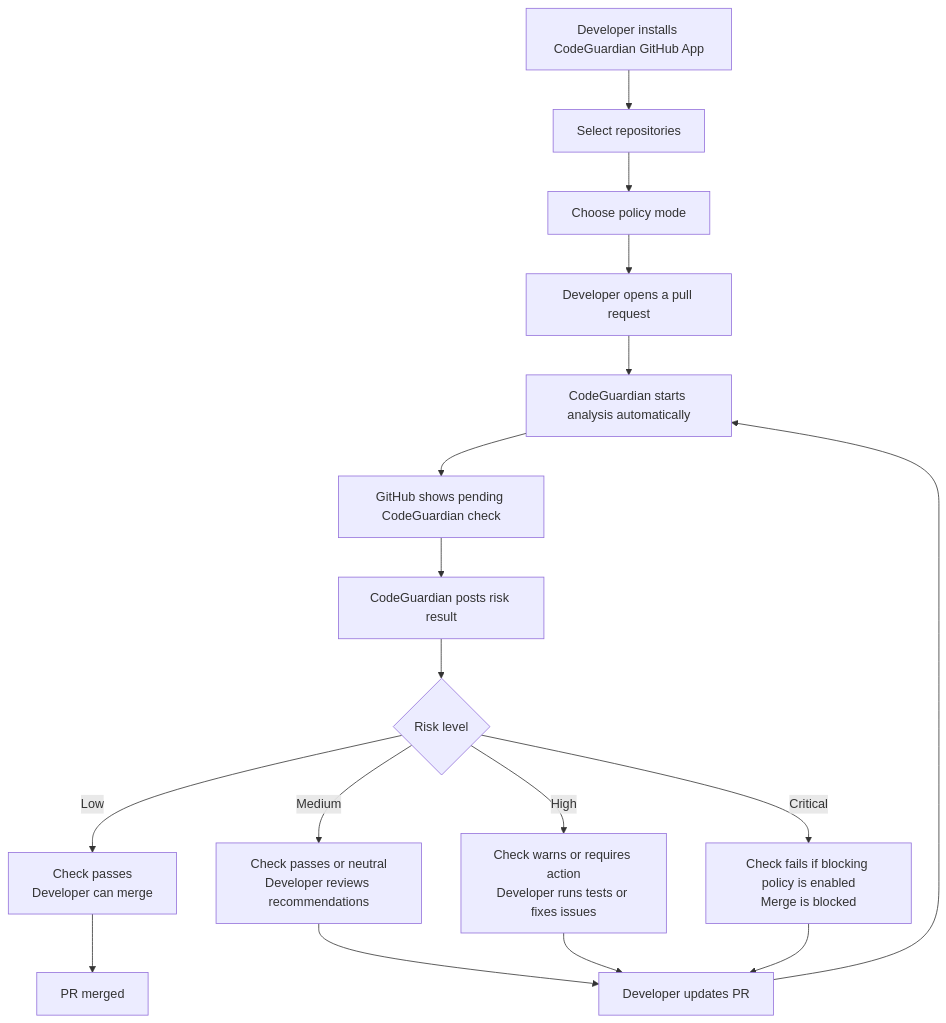
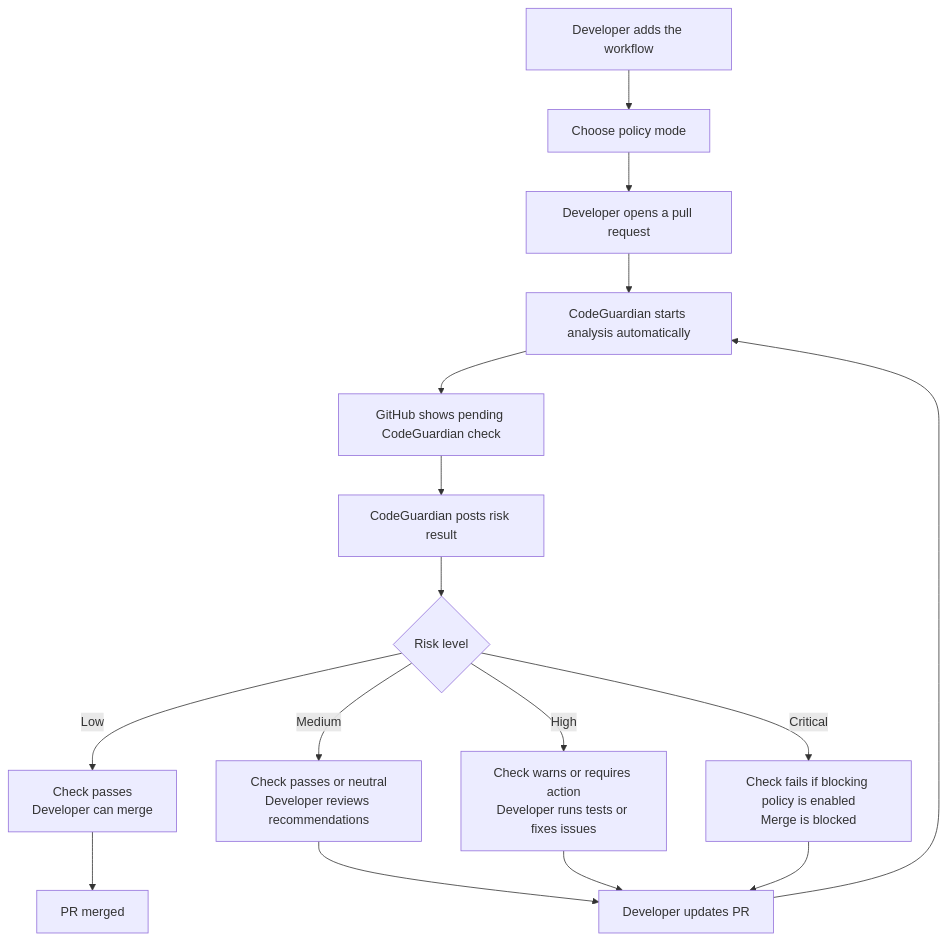
One commit to ayushkumar320/CodeGuardian changed the first of 8 diagrams in doc/GitHub-PR-User-Flowmap.md. Above: the diagram before and after it, drawn with Mermaid. The commit also changed other lines of this file and 4 other files, not shown here.

Commit message:
Align docs to GitHub Action product story

````diff
--- a/doc/GitHub-PR-User-Flowmap.md
+++ b/doc/GitHub-PR-User-Flowmap.md
@@ -24,21 +28,20 @@
 ```mermaid
 flowchart TD
-  A["Developer installs CodeGuardian GitHub App"] --> B["Select repositories"]
-  B --> C["Choose policy mode"]
-  C --> D["Developer opens a pull request"]
-  D --> E["CodeGuardian starts analysis automatically"]
-  E --> F["GitHub shows pending CodeGuardian check"]
-  F --> G["CodeGuardian posts risk result"]
-  G --> H{"Risk level"}
+  A["Developer adds the workflow"] --> B["Choose policy mode"]
+  B --> C["Developer opens a pull request"]
+  C --> D["CodeGuardian starts analysis automatically"]
+  D --> E["GitHub shows pending CodeGuardian check"]
+  E --> F["CodeGuardian posts risk result"]
+  F --> G{"Risk level"}
 
-  H -->|Low| I["Check passes<br/>Developer can merge"]
-  H -->|Medium| J["Check passes or neutral<br/>Developer reviews recommendations"]
-  H -->|High| K["Check warns or requires action<br/>Developer runs tests or fixes issues"]
-  H -->|Critical| L["Check fails if blocking policy is enabled<br/>Merge is blocked"]
+  G -->|Low| H["Check passes<br/>Developer can merge"]
+  G -->|Medium| I["Check passes or neutral<br/>Developer reviews recommendations"]
+  G -->|High| J["Check warns or requires action<br/>Developer runs tests or fixes issues"]
+  G -->|Critical| K["Check fails if blocking policy is enabled<br/>Merge is blocked"]
 
-  J --> M["Developer updates PR"]
-  K --> M
-  L --> M
-  M --> E
-  I --> N["PR merged"]
+  I --> L["Developer updates PR"]
+  J --> L
+  K --> L
+  L --> D
+  H --> M["PR merged"]
 ```
````
